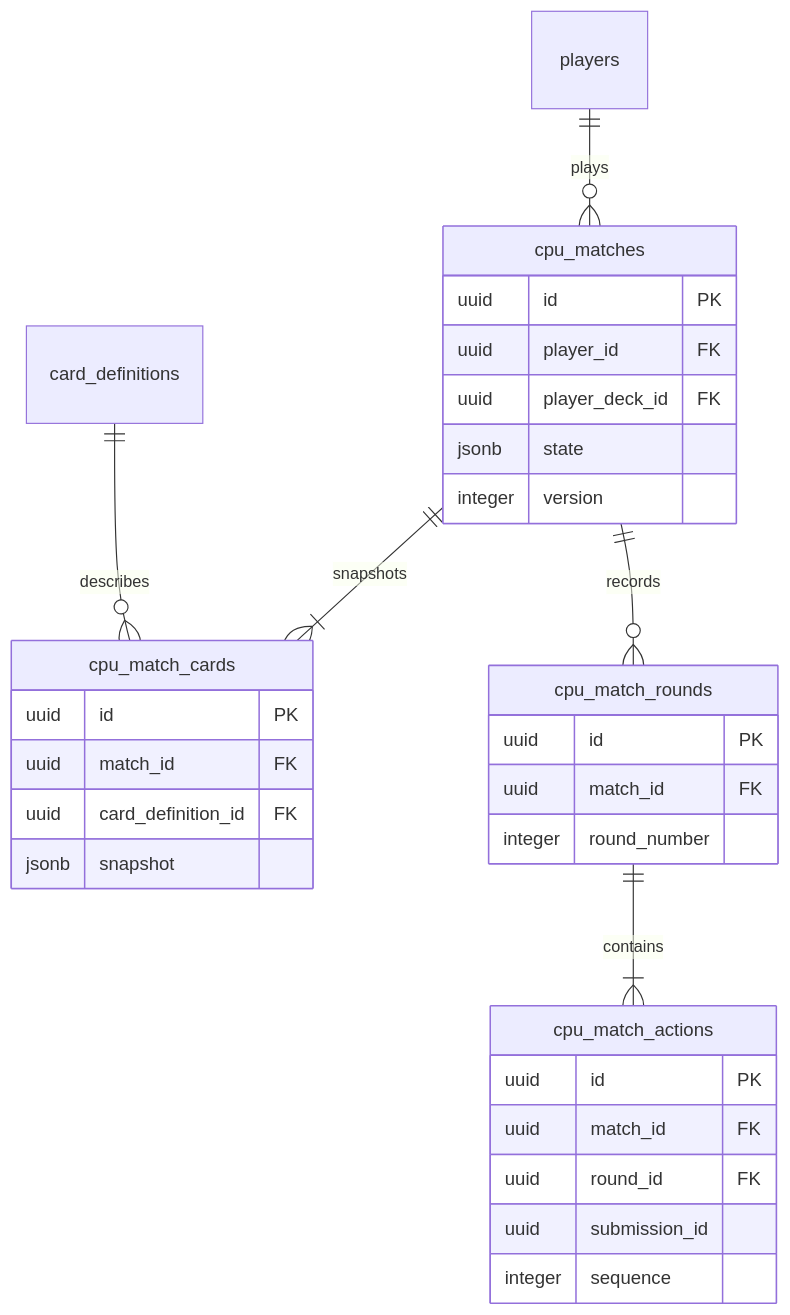
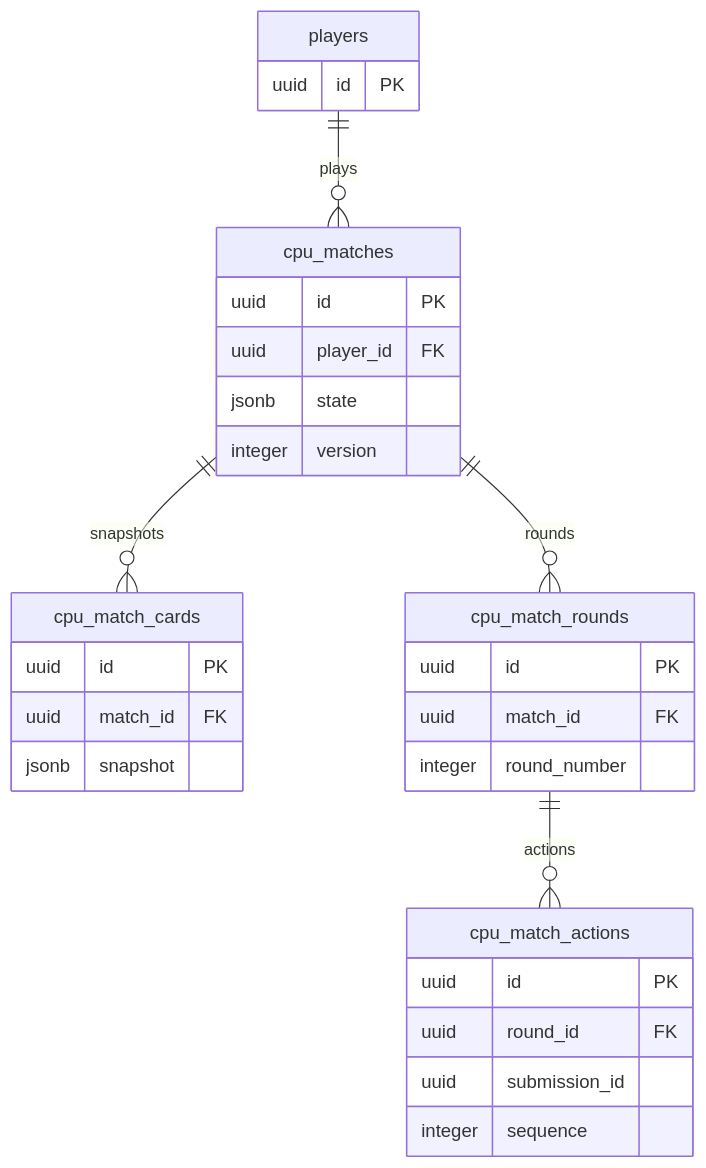
Before and after one commit to Gradient-Ascenders/Wits-World: the first of 5 diagrams in docs/architecture/diagrams/database-battles.md, drawn with Mermaid. The commit also changed other lines of this file and 28 other files, not shown here.

First line of the commit message:
[docs] refresh setup and architecture guides and diagrams

````diff
--- a/docs/architecture/diagrams/database-battles.md
+++ b/docs/architecture/diagrams/database-battles.md
@@ -20,35 +20,37 @@
 ```mermaid
 erDiagram
-    accTitle: CPU battle database relationships
-    accDescr: Players own CPU matches. Matches retain card snapshots and rounds, with ordered actions attached to each round. Definitions describe the cards used in snapshots.
+    direction TB
+    accTitle: CPU matches retain snapshots and ordered actions
+    accDescr: A player owns CPU matches. Each match stores card snapshots and rounds; rounds contain actions. The match's state and version provide the current authoritative position.
+
     players ||--o{ cpu_matches : plays
-    cpu_matches ||--|{ cpu_match_cards : snapshots
-    card_definitions ||--o{ cpu_match_cards : describes
-    cpu_matches ||--o{ cpu_match_rounds : records
-    cpu_match_rounds ||--|{ cpu_match_actions : contains
+    cpu_matches ||--o{ cpu_match_cards : snapshots
+    cpu_matches ||--o{ cpu_match_rounds : rounds
+    cpu_match_rounds ||--o{ cpu_match_actions : actions
+
+    players {
+        uuid id PK
+    }
     cpu_matches {
         uuid id PK
         uuid player_id FK
-        uuid player_deck_id FK
         jsonb state
         integer version
     }
     cpu_match_cards {
         uuid id PK
         uuid match_id FK
-        uuid card_definition_id FK
         jsonb snapshot
     }
     cpu_match_rounds {
         uuid id PK
         uuid match_id FK
         integer round_number
     }
     cpu_match_actions {
         uuid id PK
-        uuid match_id FK
         uuid round_id FK
         uuid submission_id
         integer sequence
     }
 ```
````
